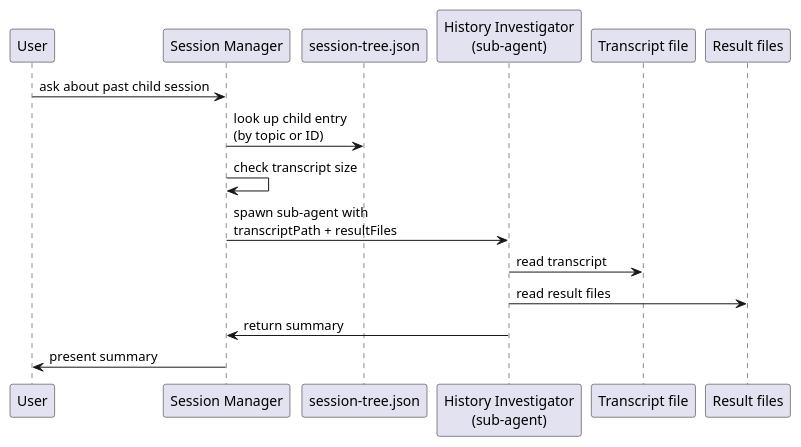
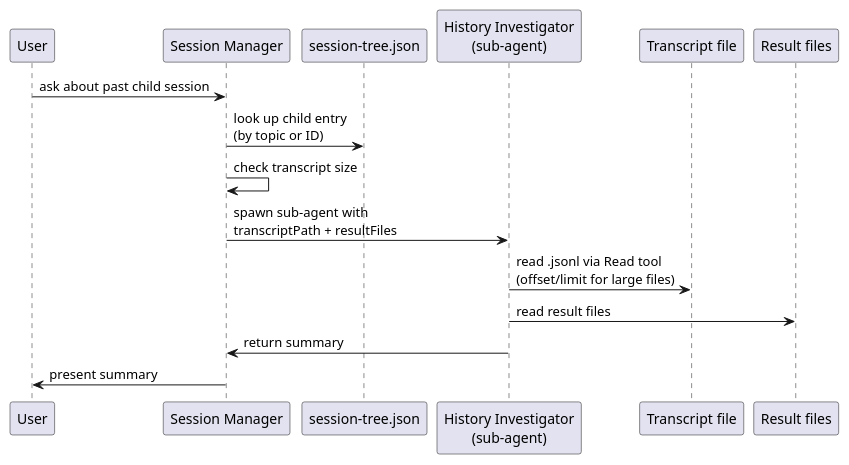
The sixth of 6 diagrams in A4/co-think/2026-03-29-2100-agent-orchestrator.architecture.md (studykit/studykit-marketplace), drawn with PlantUML before and after one commit. The commit also changed other lines of this file and 2 other files, not shown here.

First line of the commit message:
feat(A4): refine agent orchestrator architecture and add supplement + tasks docs

````diff
--- a/A4/co-think/2026-03-29-2100-agent-orchestrator.architecture.md
+++ b/A4/co-think/2026-03-29-2100-agent-orchestrator.architecture.md
@@ -221,19 +245,19 @@
 ```plantuml
 @startuml
 participant "User" as U
 participant "Session Manager" as SM
 participant "session-tree.json" as ST
 participant "History Investigator\n(sub-agent)" as HI
 participant "Transcript file" as TF
 participant "Result files" as RF
 
 U -> SM : ask about past child session
 SM -> ST : look up child entry\n(by topic or ID)
 SM -> SM : check transcript size
 SM -> HI : spawn sub-agent with\ntranscriptPath + resultFiles
-HI -> TF : read transcript
+HI -> TF : read .jsonl via Read tool\n(offset/limit for large files)
 HI -> RF : read result files
 HI -> SM : return summary
 SM -> U : present summary
 @enduml
 ```
````
